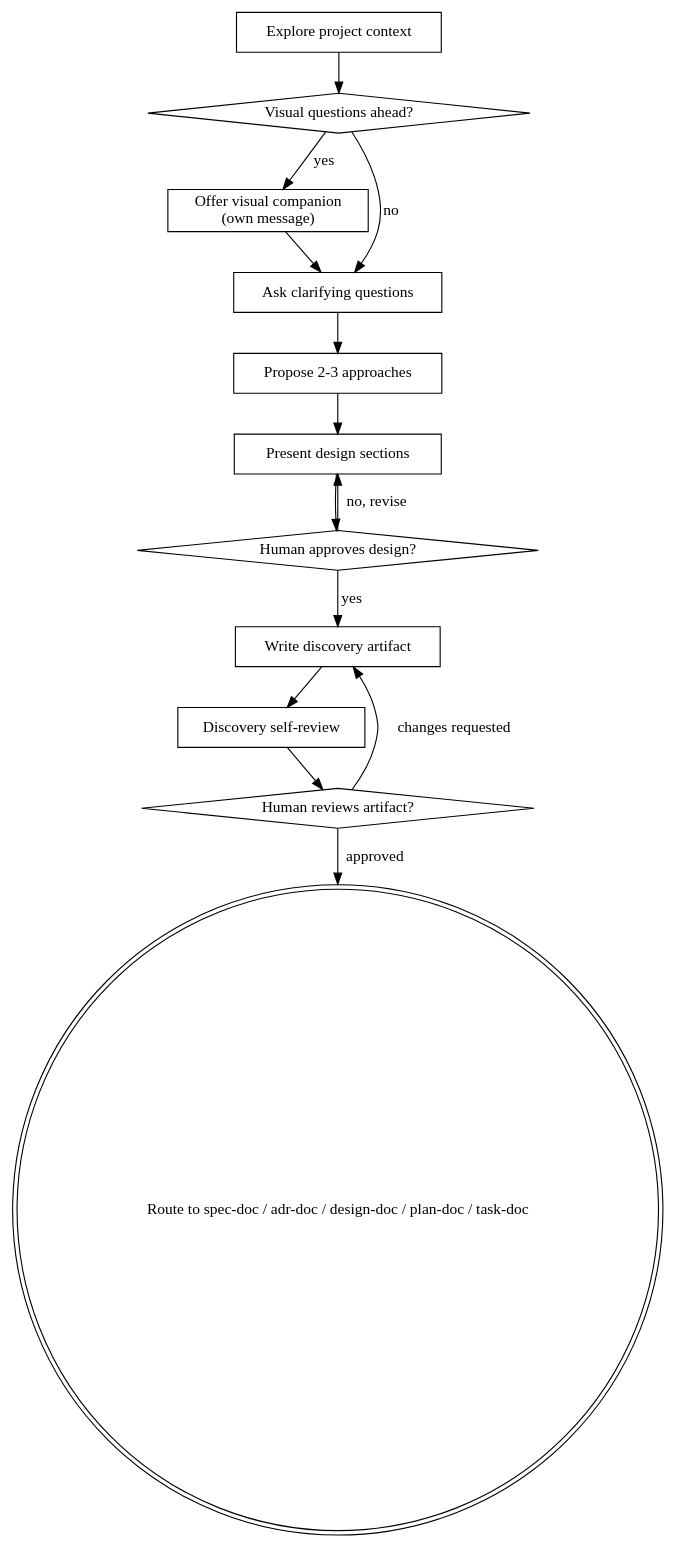
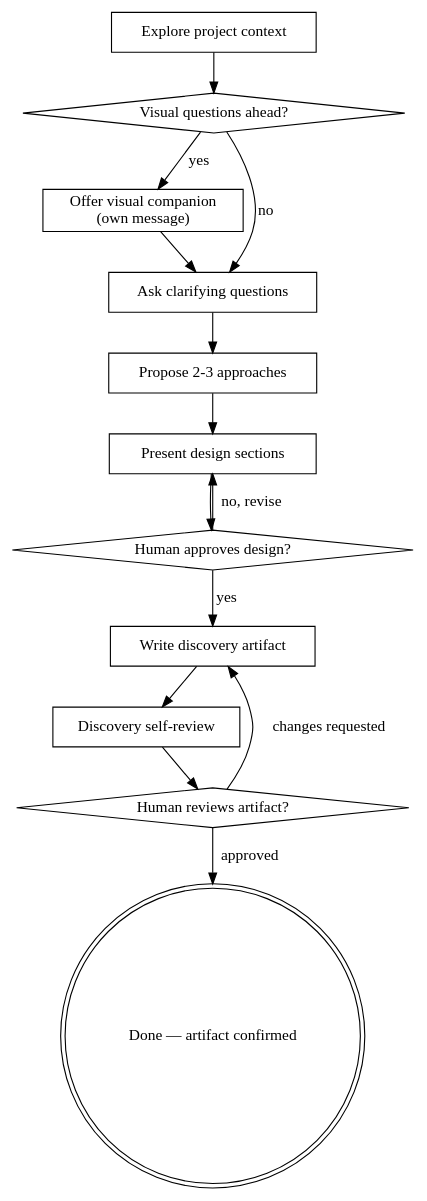
Before and after one commit to scarecrow173/apm-packages: the diagram in packages/doc-driven-dev-apm/.apm/skills/brainstorming/SKILL.md, drawn with Graphviz. The commit also changed other lines of this file and 14 other files, not shown here.

First line of the commit message:
feat(doc-driven-dev): add doc-driven-dev-flow meta skill and simplify existing skills

````diff
--- a/packages/doc-driven-dev-apm/.apm/skills/brainstorming/SKILL.md
+++ b/packages/doc-driven-dev-apm/.apm/skills/brainstorming/SKILL.md
@@ -58,29 +56,29 @@
 ```dot
 digraph brainstorming {
   "Explore project context" [shape=box];
   "Visual questions ahead?" [shape=diamond];
   "Offer visual companion\n(own message)" [shape=box];
   "Ask clarifying questions" [shape=box];
   "Propose 2-3 approaches" [shape=box];
   "Present design sections" [shape=box];
   "Human approves design?" [shape=diamond];
   "Write discovery artifact" [shape=box];
   "Discovery self-review" [shape=box];
   "Human reviews artifact?" [shape=diamond];
-  "Route to spec-doc / adr-doc / design-doc / plan-doc / task-doc" [shape=doublecircle];
+  "Done — artifact confirmed" [shape=doublecircle];
 
   "Explore project context" -> "Visual questions ahead?";
   "Visual questions ahead?" -> "Offer visual companion\n(own message)" [label="yes"];
   "Visual questions ahead?" -> "Ask clarifying questions" [label="no"];
   "Offer visual companion\n(own message)" -> "Ask clarifying questions";
   "Ask clarifying questions" -> "Propose 2-3 approaches";
   "Propose 2-3 approaches" -> "Present design sections";
   "Present design sections" -> "Human approves design?";
   "Human approves design?" -> "Present design sections" [label="no, revise"];
   "Human approves design?" -> "Write discovery artifact" [label="yes"];
   "Write discovery artifact" -> "Discovery self-review";
   "Discovery self-review" -> "Human reviews artifact?";
   "Human reviews artifact?" -> "Write discovery artifact" [label="changes requested"];
-  "Human reviews artifact?" -> "Route to spec-doc / adr-doc / design-doc / plan-doc / task-doc" [label="approved"];
+  "Human reviews artifact?" -> "Done — artifact confirmed" [label="approved"];
 }
 ```
````
